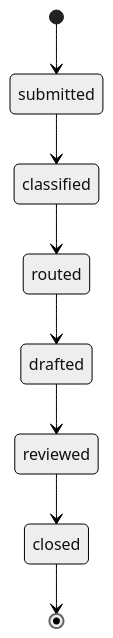
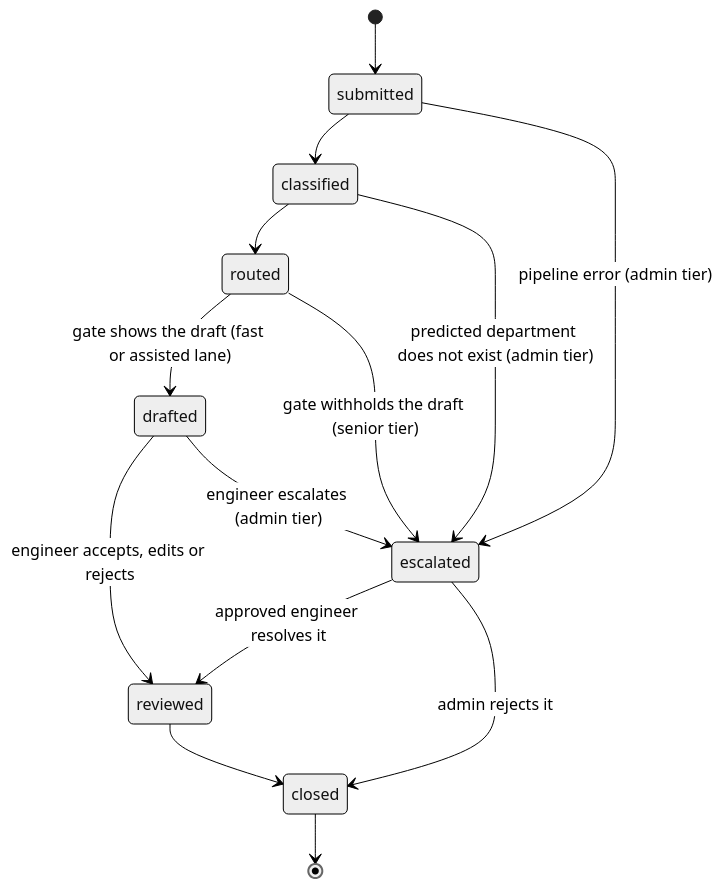
Before and after one commit to Rishikesh10925/Ticket_Sense: the diagram in docs/ticket-lifecycle.md, drawn with Mermaid (neutral theme). The commit also changed other lines of this file, not shown here.

````diff
--- a/docs/ticket-lifecycle.md
+++ b/docs/ticket-lifecycle.md
@@ -12,10 +9,16 @@
 ```mermaid
 stateDiagram-v2
     [*] --> submitted
     submitted --> classified
     classified --> routed
-    routed --> drafted
-    drafted --> reviewed
+    routed --> drafted : gate shows the draft (fast or assisted lane)
+    routed --> escalated : gate withholds the draft (senior tier)
+    drafted --> reviewed : engineer accepts, edits or rejects
+    drafted --> escalated : engineer escalates (admin tier)
+    submitted --> escalated : pipeline error (admin tier)
+    classified --> escalated : predicted department does not exist (admin tier)
+    escalated --> reviewed : approved engineer resolves it
+    escalated --> closed : admin rejects it
     reviewed --> closed
     closed --> [*]
 ```
````
